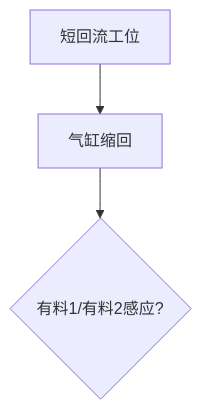
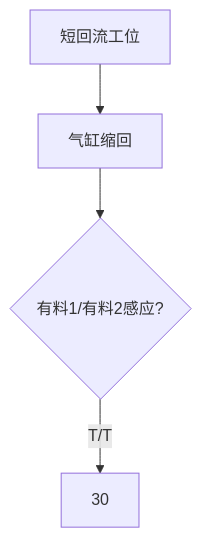
One commit to zmq000/iodraw-files changed the diagram in all/未命名.md. Above: the diagram before and after it, drawn with Mermaid.

Commit message:
2026-06-17 20:57:18 update

````diff
--- a/all/未命名.md
+++ b/all/未命名.md
@@ -1,6 +1,7 @@
 ```mermaid
 graph TD
 0[短回流工位]-->10
 10[气缸缩回]-->20
-20{有料1/有料2感应?}
+20{有料1/有料2感应?}-->|T/T|30
+30
 ```
````
